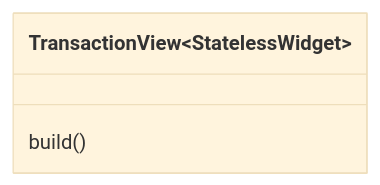
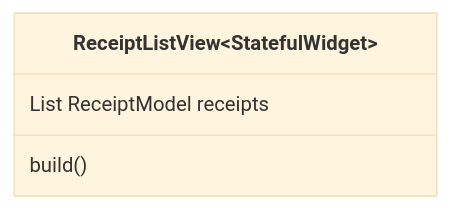
One commit to jskplf/spending_tracker_client changed the fifth of 8 diagrams in README.md. Above: the diagram before and after it, drawn with Mermaid (base theme). The commit also changed other lines of this file and 16 other files, not shown here.

Commit message:
Chart view now toggles through all charts, and tests for receipt model and receipt list are complete

````diff
--- a/README.md
+++ b/README.md
@@ -95,6 +85,7 @@
 ```mermaid
 classDiagram
-class TransactionView~StatelessWidget~{
+class ReceiptListView~StatefulWidget~{
+    List ReceiptModel receipts
     build()
 }
 ```
````
